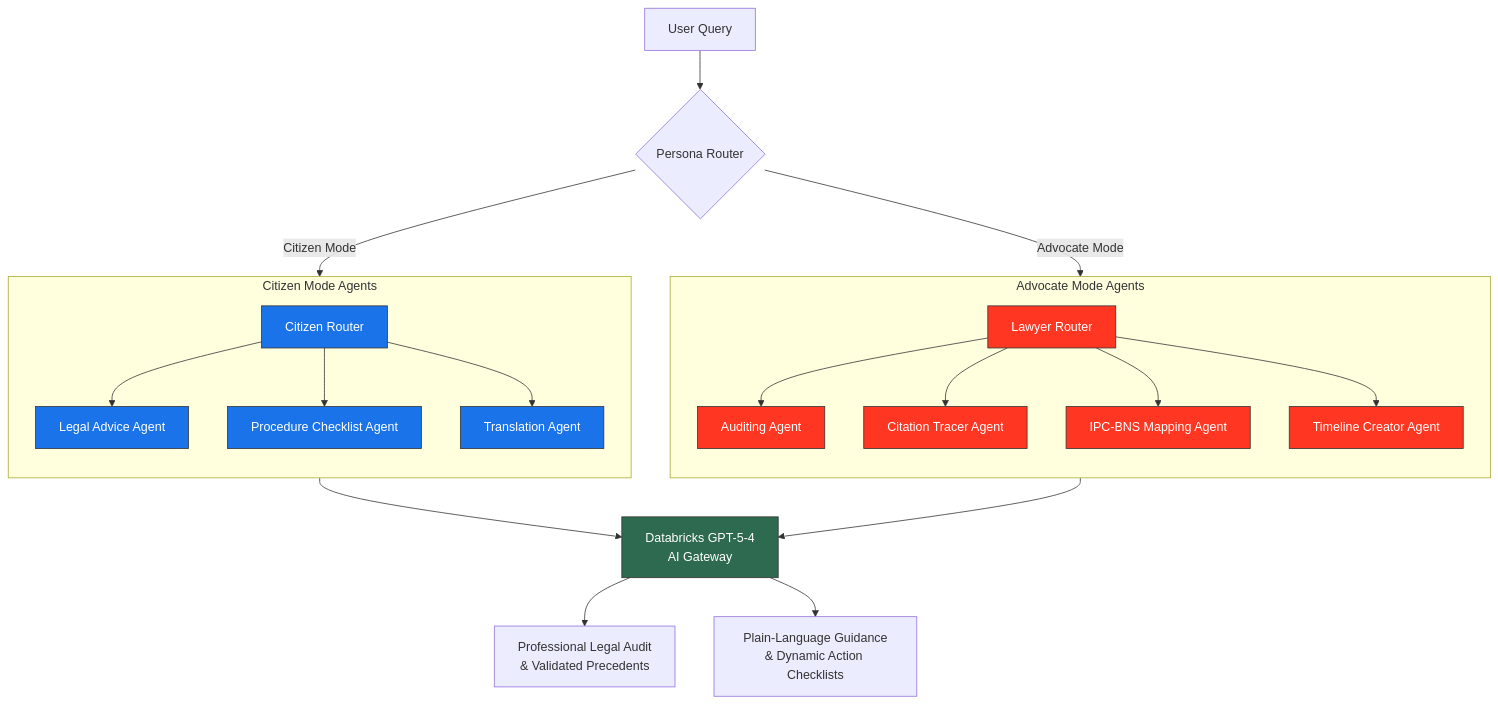
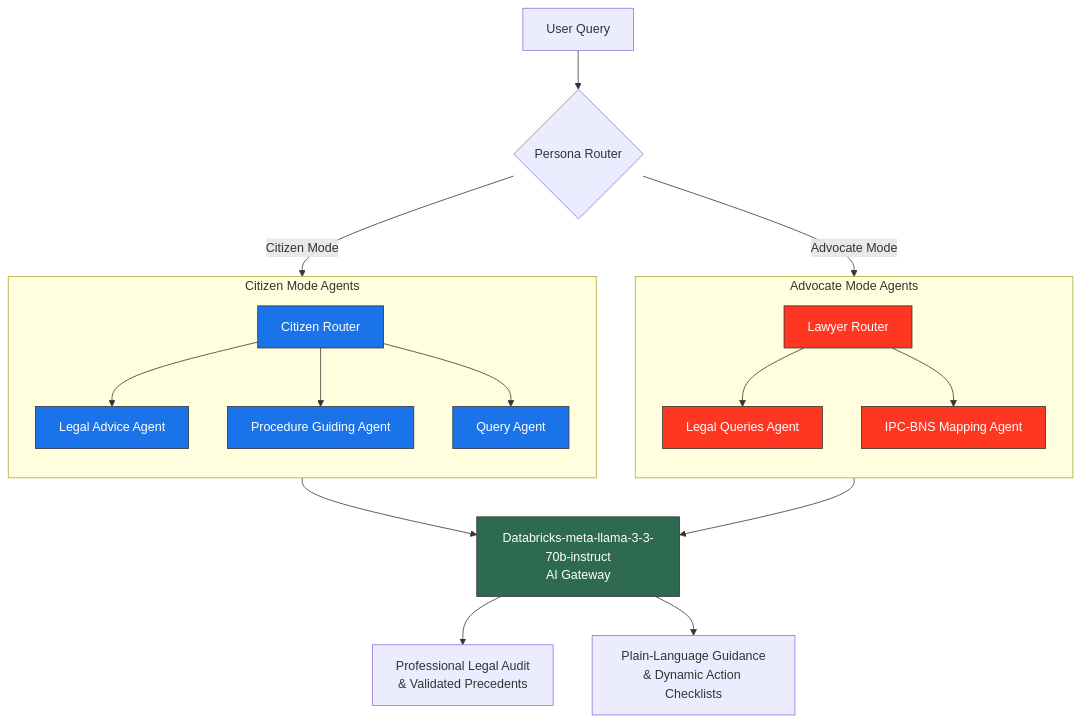
One commit to PratyushG434/Nyaya_Sutra changed the diagram in README.md. Above: the diagram before and after it, drawn with Mermaid. The commit also changed other lines of this file, not shown here.

````diff
--- a/README.md
+++ b/README.md
@@ -40,42 +40,40 @@
 ```mermaid
 flowchart TD
     %% Base Inputs
     U[User Query] --> Router{Persona Router}
 
     %% Routing Layer
     Router -- Advocate Mode --> AdvRouter[Lawyer Router]
     Router -- Citizen Mode --> CitRouter[Citizen Router]
 
     %% Advocate Agentic Flow
     subgraph AdvocateFlow[Advocate Mode Agents]
         direction TB
-        AdvRouter --> Audit[Auditing Agent]
-        AdvRouter --> Cite[Citation Tracer Agent]
+        AdvRouter --> Audit[Legal Queries Agent]
         AdvRouter --> Map[IPC-BNS Mapping Agent]
-        AdvRouter --> Timeline[Timeline Creator Agent]
     end
 
     %% Citizen Agentic Flow
     subgraph CitizenFlow[Citizen Mode Agents]
         direction TB
         CitRouter --> Advice[Legal Advice Agent]
-        CitRouter --> Proced[Procedure Checklist Agent]
-        CitRouter --> Translate[Translation Agent]
+        CitRouter --> Proced[Procedure Guiding Agent]
+        CitRouter --> Translate[Query Agent]
     end
 
     %% Synthesis / LLM Layer
-    AdvocateFlow --> Synth["Databricks GPT-5-4<br/>AI Gateway"]
+    AdvocateFlow --> Synth["Databricks-meta-llama-3-3-70b-instruct<br/>AI Gateway"]
     CitizenFlow --> Synth
 
     %% Output
     Synth --> OutAdv["Professional Legal Audit<br/>& Validated Precedents"]
     Synth --> OutCit["Plain-Language Guidance<br/>& Dynamic Action Checklists"]
 
     classDef citizen fill:#1a73e8,stroke:#333,stroke-width:1px,color:#fff;
     classDef advocate fill:#ff3621,stroke:#333,stroke-width:1px,color:#fff;
     classDef llm fill:#2d6a4f,stroke:#333,stroke-width:1px,color:#fff;
 
     class Advice,Proced,Translate,CitRouter citizen;
     class Audit,Cite,Map,Timeline,AdvRouter advocate;
     class Synth llm;
 ```
````
